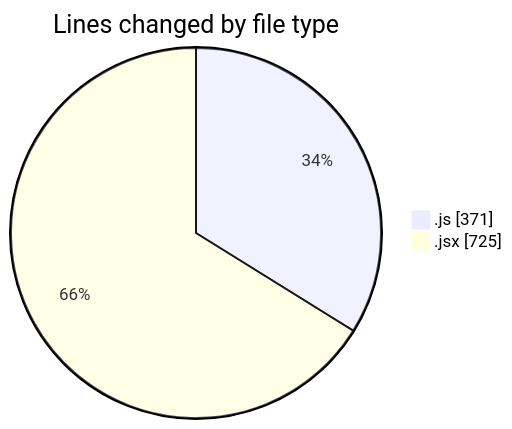
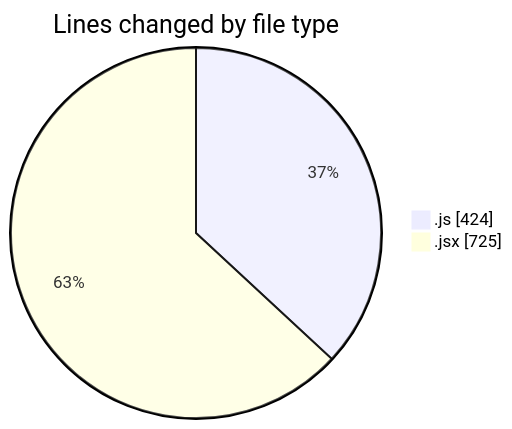
The first of 2 diagrams in 2025-05-29/nxtqube_webapp/README.md (nxtqubesakshisongat/code-tracking), drawn with Mermaid before and after one commit. The commit also changed other lines of this file and 1 other file, not shown here.

````diff
--- a/2025-05-29/nxtqube_webapp/README.md
+++ b/2025-05-29/nxtqube_webapp/README.md
@@ -28,6 +29,6 @@
 ```mermaid
 pie showData
 title Lines changed by file type
-".js" : 371
+".js" : 424
 ".jsx" : 725
 ```
````
